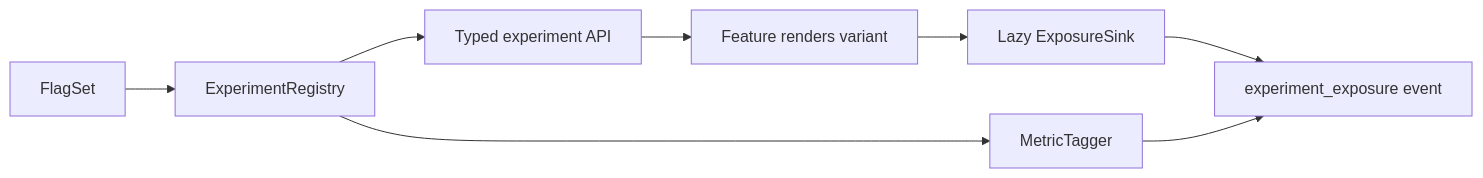
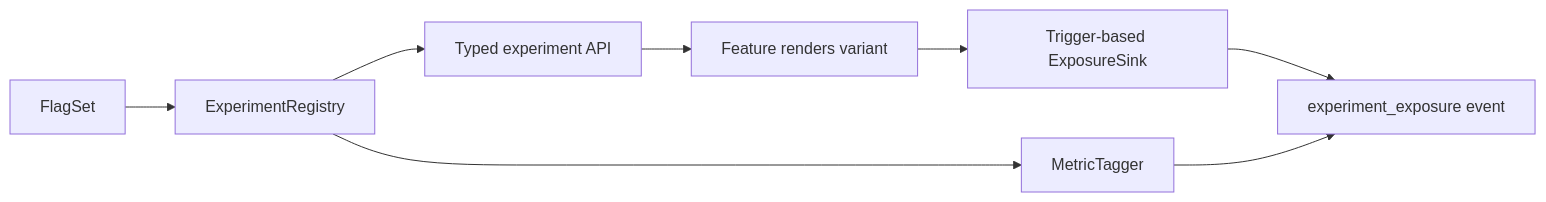
The second of 2 diagrams in mobile-system-design/a-b-testing-infrastructure.md (swarnsingh/android-staff-engineer-playbook-website), drawn with Mermaid before and after one commit. The commit also changed other lines of this file and 12 other files, not shown here.

````diff
--- a/mobile-system-design/a-b-testing-infrastructure.md
+++ b/mobile-system-design/a-b-testing-infrastructure.md
@@ -130,7 +133,7 @@
 ```mermaid
 flowchart LR
     Flags["FlagSet"] --> Registry["ExperimentRegistry"] --> Typed["Typed experiment API"]
-    Typed --> Feature["Feature renders variant"] --> Sink["Lazy ExposureSink"]
+    Typed --> Feature["Feature renders variant"] --> Sink["Trigger-based ExposureSink"]
     Sink --> Analytics["experiment_exposure event"]
     Registry --> Tagger["MetricTagger"] --> Analytics
 ```
````
